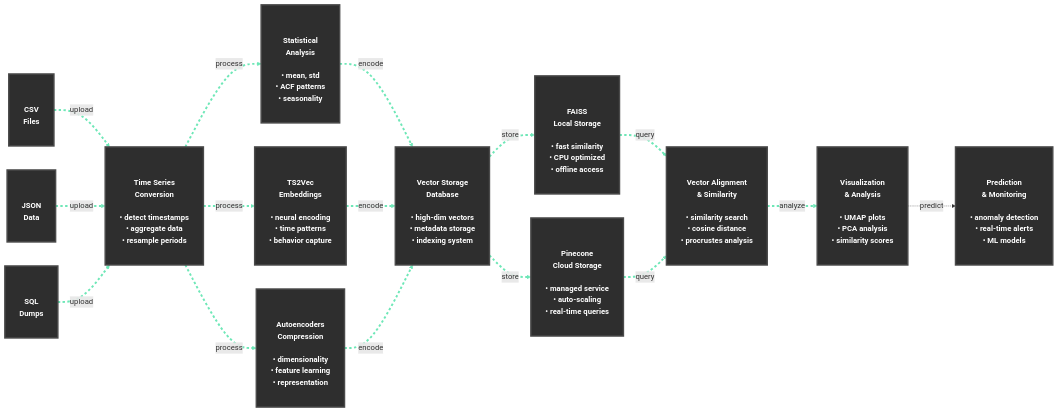
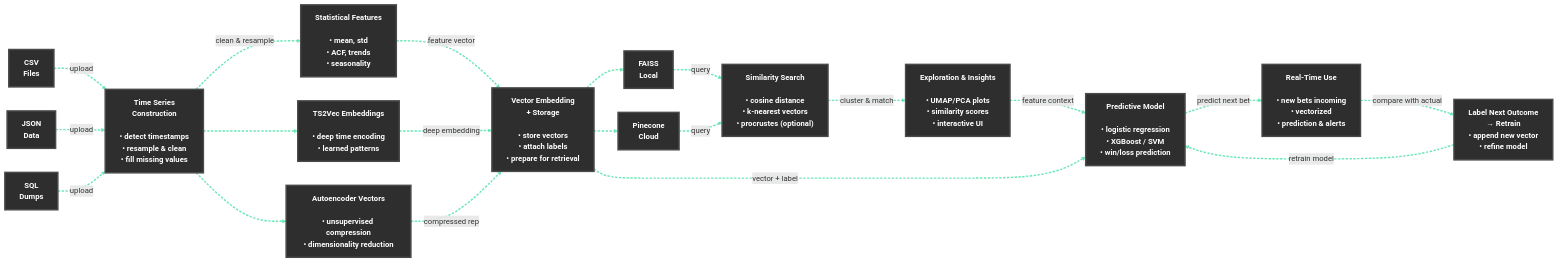
The diagram in workflow.md (mshaik15/TsDev), drawn with Mermaid before and after one commit.

Commit message:
Updated workflow

````diff
--- a/workflow.md
+++ b/workflow.md
@@ -1,60 +1,73 @@
 ```mermaid
 flowchart LR
 
-    %% Raw Dataset boxes (stacked vertically)
-    A1["<br/><br/>CSV<br/>Files<br/><br/>"]
-    A2["<br/><br/>JSON<br/>Data<br/><br/>"] 
-    A3["<br/><br/>SQL<br/>Dumps<br/><br/>"]
-    
+    %% Raw Dataset boxes
+    A1["CSV<br/>Files"]
+    A2["JSON<br/>Data"] 
+    A3["SQL<br/>Dumps"]
+
     %% Time Series Conversion
-    B["<br/><br/>Time Series<br/>Conversion<br/><br/>• detect timestamps<br/>• aggregate data<br/>• resample periods<br/><br/>"]
-    
-    %% Feature Engineering boxes (stacked vertically)
-    C1["<br/><br/>Statistical<br/>Analysis<br/><br/>• mean, std<br/>• ACF patterns<br/>• seasonality<br/><br/>"]
-    C2["<br/><br/>TS2Vec<br/>Embeddings<br/><br/>• neural encoding<br/>• time patterns<br/>• behavior capture<br/><br/>"]
-    C3["<br/><br/>Autoencoders<br/>Compression<br/><br/>• dimensionality<br/>• feature learning<br/>• representation<br/><br/>"]
-    
-    %% Vector Storage
-    D["<br/><br/>Vector Storage<br/>Database<br/><br/>• high-dim vectors<br/>• metadata storage<br/>• indexing system<br/><br/>"]
-    
-    %% Storage options (under Vector Storage)
-    D1["<br/><br/>FAISS<br/>Local Storage<br/><br/>• fast similarity<br/>• CPU optimized<br/>• offline access<br/><br/>"]
-    D2["<br/><br/>Pinecone<br/>Cloud Storage<br/><br/>• managed service<br/>• auto-scaling<br/>• real-time queries<br/><br/>"]
-    
-    %% Vector Alignment
-    E["<br/><br/>Vector Alignment<br/>& Similarity<br/><br/>• similarity search<br/>• cosine distance<br/>• procrustes analysis<br/><br/>"]
-    
+    B["Time Series<br/>Construction<br/><br/>• detect timestamps<br/>• resample & clean<br/>• fill missing values"]
+
+    %% Feature Engineering boxes
+    C1["Statistical Features<br/><br/>• mean, std<br/>• ACF, trends<br/>• seasonality"]
+    C2["TS2Vec Embeddings<br/><br/>• deep time encoding<br/>• learned patterns"]
+    C3["Autoencoder Vectors<br/><br/>• unsupervised compression<br/>• dimensionality reduction"]
+
+    %% Vector Creation & Storage
+    D["Vector Embedding<br/>+ Storage<br/><br/>• store vectors<br/>• attach labels<br/>• prepare for retrieval"]
+
+    %% Storage options
+    D1["FAISS<br/>Local"]
+    D2["Pinecone<br/>Cloud"]
+
+    %% Vector Alignment & Similarity
+    E["Similarity Search<br/><br/>• cosine distance<br/>• k-nearest vectors<br/>• procrustes (optional)"]
+
     %% Visualization
-    F["<br/><br/>Visualization<br/>& Analysis<br/><br/>• UMAP plots<br/>• PCA analysis<br/>• similarity scores<br/><br/>"]
-    
-    %% Prediction
-    G["<br/><br/>Prediction<br/>& Monitoring<br/><br/>• anomaly detection<br/>• real-time alerts<br/>• ML models<br/><br/>"]
-    
-    %% Connections with more spacing
-    A1 -.->|upload| B
-    A2 -.->|upload| B
-    A3 -.->|upload| B
-    
-    B -.->|process| C1
-    B -.->|process| C2
-    B -.->|process| C3
-    
-    C1 -.->|encode| D
-    C2 -.->|encode| D
-    C3 -.->|encode| D
-    
-    D -.->|store| D1
-    D -.->|store| D2
-    
-    D1 -.->|query| E
-    D2 -.->|query| E
-    E -.->|analyze| F
-    F -.->|predict| G
-    
-    %% Larger, more readable styling
-    classDef default fill:#2e2e2e,stroke:#4a4a4a,stroke-width:3px,color:#ffffff,font-weight:bold,font-size:16px,min-width:180px,min-height:120px
+    F["Exploration & Insights<br/><br/>• UMAP/PCA plots<br/>• similarity scores<br/>• interactive UI"]
+
+    %% Supervised Model
+    G["Predictive Model<br/><br/>• logistic regression<br/>• XGBoost / SVM<br/>• win/loss prediction"]
+
+    %% Monitoring
+    H["Real-Time Use<br/><br/>• new bets incoming<br/>• vectorized<br/>• prediction & alerts"]
+
+    %% Feedback loop
+    I["Label Next Outcome<br/>→ Retrain<br/>• append new vector<br/>• refine model"]
+
+    %% Connections
+    A1 -->|upload| B
+    A2 -->|upload| B
+    A3 -->|upload| B
+
+    B -->|clean & resample| C1
+    B --> C2
+    B --> C3
+
+    C1 -->|feature vector| D
+    C2 -->|deep embedding| D
+    C3 -->|compressed rep| D
+
+    D --> D1
+    D --> D2
+
+    D1 -->|query| E
+    D2 -->|query| E
+
+    E -->|cluster & match| F
+    F -->|feature context| G
+
+    D -->|vector + label| G
+
+    G -->|predict next bet| H
+    H -->|compare with actual| I
+    I -->|retrain model| G
+
+    %% Styling
+    classDef default fill:#2e2e2e,stroke:#4a4a4a,stroke-width:3px,color:#ffffff,font-weight:bold,font-size:16px,min-width:180px,min-height:100px
     classDef connector stroke:#6ee7b7,stroke-width:4px
-    
-    %% Style all links with labels
-    linkStyle 0,1,2,3,4,5,6,7,8,9,10,11,12,13 stroke:#6ee7b7,stroke-width:4px,stroke-dasharray: 5 5
+
+    %% Style links
+    linkStyle default stroke:#6ee7b7,stroke-width:3px,stroke-dasharray: 5 3
 ```
````
